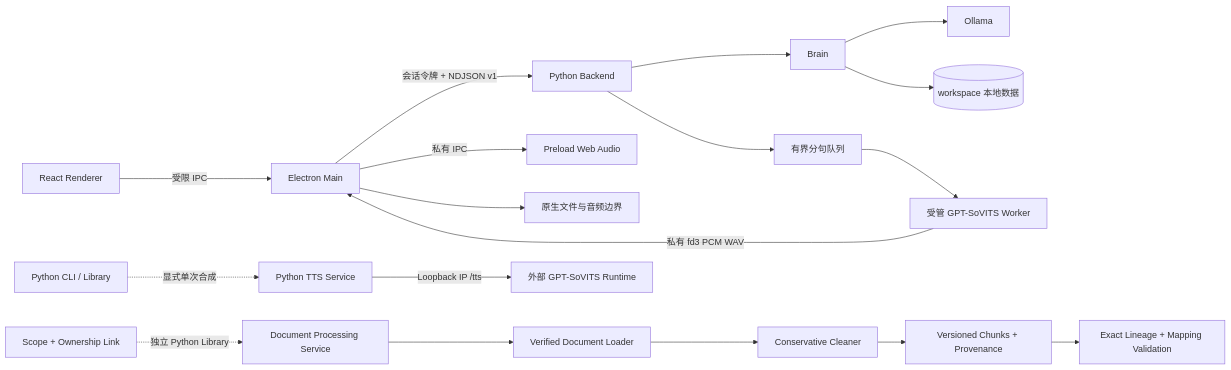
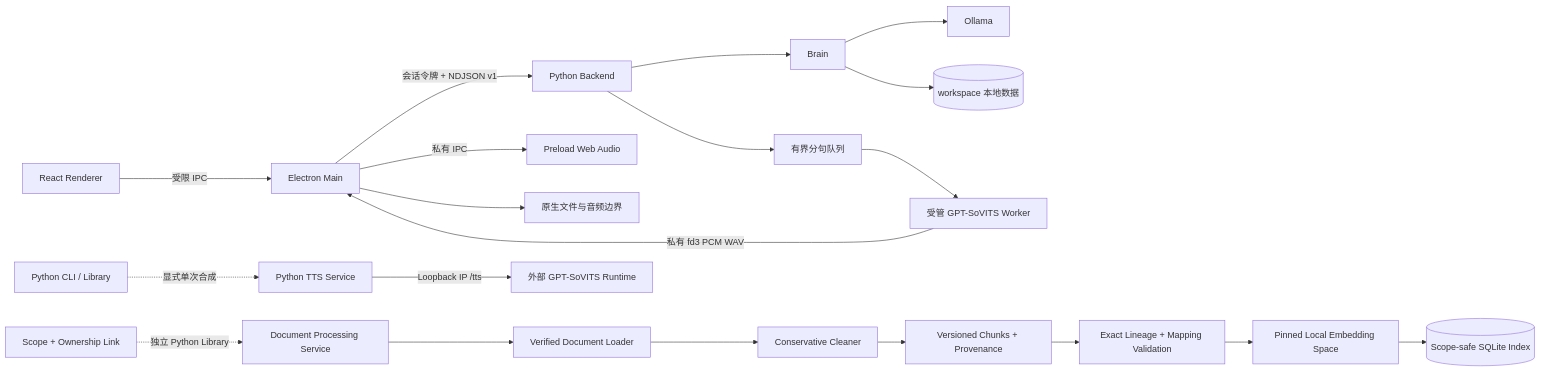
The diagram in README.md (ActorF/Elysia_AI), drawn with Mermaid before and after one commit. The commit also changed other lines of this file and 16 other files, not shown here.

Commit message:
Add-scope-safe-local-vector-index

````diff
--- a/README.md
+++ b/README.md
@@ -70,20 +70,22 @@
 ```mermaid
 flowchart LR
     R[React Renderer] -->|受限 IPC| E[Electron Main]
     E -->|会话令牌 + NDJSON v1| P[Python Backend]
     P --> B[Brain]
     B --> O[Ollama]
     B --> D[(workspace 本地数据)]
     P --> Q[有界分句队列]
     Q --> M[受管 GPT-SoVITS Worker]
     M -->|私有 fd3 PCM WAV| E
     E -->|私有 IPC| W[Preload Web Audio]
     C[Python CLI / Library] -. 显式单次合成 .-> T[Python TTS Service]
     T -->|Loopback IP /tts| G[外部 GPT-SoVITS Runtime]
     E --> H[原生文件与音频边界]
     A[Scope + Ownership Link] -. 独立 Python Library .-> S[Document Processing Service]
     S --> L[Verified Document Loader]
     L --> N[Conservative Cleaner]
     N --> K[Versioned Chunks + Provenance]
     K --> V[Exact Lineage + Mapping Validation]
+    V --> X[Pinned Local Embedding Space]
+    X --> Z[(Scope-safe SQLite Index)]
 ```
````
